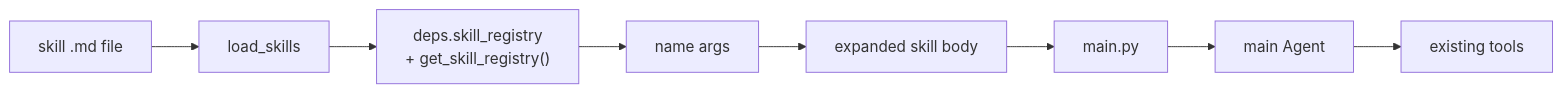
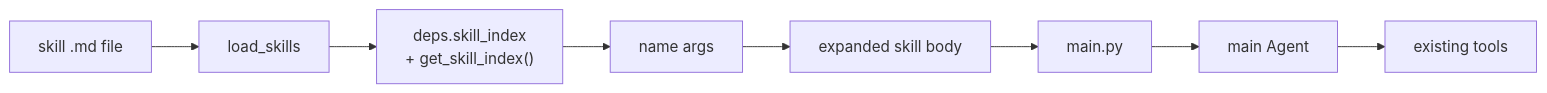
One commit to binlecode/co-cli changed the diagram in docs/specs/skills.md. Above: the diagram before and after it, drawn with Mermaid. The commit also changed other lines of this file and 34 other files, not shown here.

First line of the commit message:
refactor(skills): rename skill_registry → skill_index, SkillConfig → SkillInfo

````diff
--- a/docs/specs/skills.md
+++ b/docs/specs/skills.md
@@ -9,10 +9,10 @@
 ```mermaid
 flowchart LR
     SkillFile["skill .md file"] --> Loader["load_skills"]
-    Loader --> Registry["deps.skill_registry\n+ get_skill_registry()"]
+    Loader --> Registry["deps.skill_index\n+ get_skill_index()"]
     Registry --> Dispatch["name args"]
     Dispatch --> AgentBody["expanded skill body"]
     AgentBody --> MainLoop["main.py"]
     MainLoop --> MainAgent["main Agent"]
     MainAgent --> Tools["existing tools"]
 ```
````
